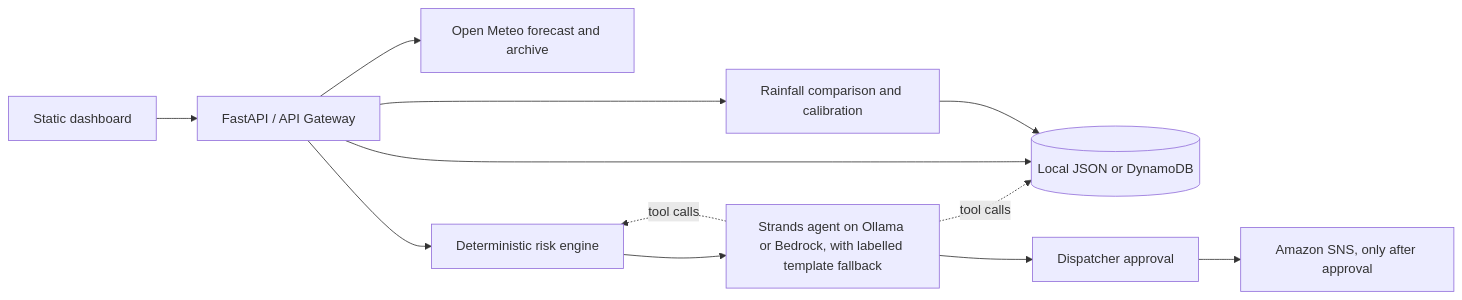
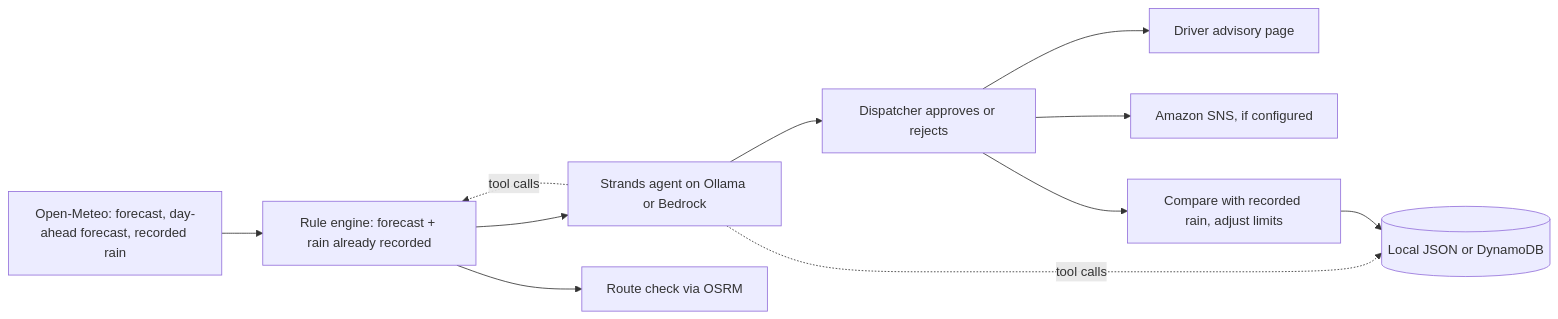
The diagram in README.md (Dakshhhhh-ops/Environmental-hacks), drawn with Mermaid before and after one commit. The commit also changed other lines of this file and 7 other files, not shown here.

Commit message:
Add driver advisory page, Hindi summary, health check fix; rewrite README around two signals and the backtest

````diff
--- a/README.md
+++ b/README.md
@@ -22,14 +26,13 @@
 ```mermaid
 flowchart LR
-  Browser[Static dashboard] --> API[FastAPI / API Gateway]
-  API --> OM[Open Meteo forecast and archive]
-  API --> Risk[Deterministic risk engine]
-  Risk --> AI[Strands agent on Ollama or Bedrock, with labelled template fallback]
-  AI -. tool calls .-> Risk
-  AI -. tool calls .-> Store
-  AI --> Review[Dispatcher approval]
-  Review --> SNS[Amazon SNS, only after approval]
-  API --> Store[(Local JSON or DynamoDB)]
-  API --> Verify[Rainfall comparison and calibration]
+  OM[Open-Meteo: forecast, day-ahead forecast, recorded rain] --> Risk[Rule engine: forecast + rain already recorded]
+  Risk --> Agent[Strands agent on Ollama or Bedrock]
+  Agent -. tool calls .-> Risk
+  Agent -. tool calls .-> Store[(Local JSON or DynamoDB)]
+  Agent --> Review[Dispatcher approves or rejects]
+  Review --> Advisory[Driver advisory page]
+  Review --> SNS[Amazon SNS, if configured]
+  Risk --> Route[Route check via OSRM]
+  Review --> Verify[Compare with recorded rain, adjust limits]
   Verify --> Store
 ```
````
